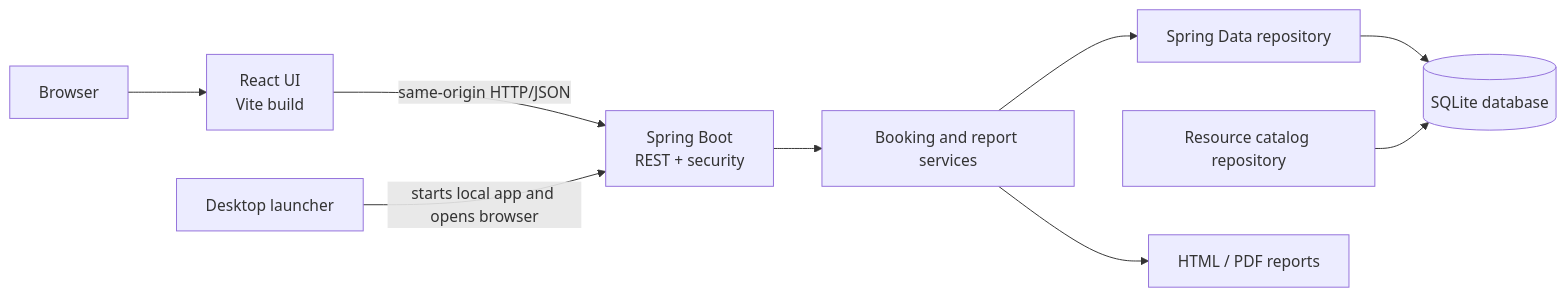
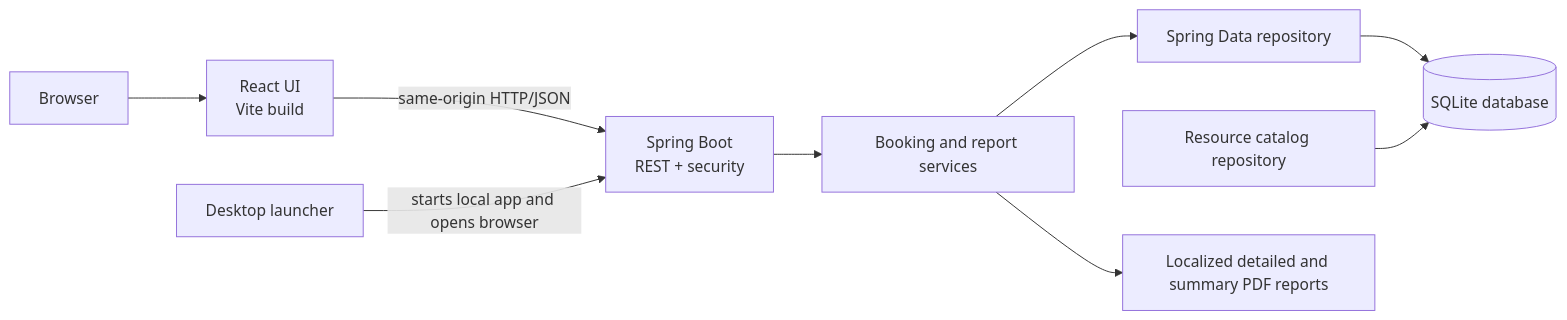
One commit to georgiosleon/leonbookinsKarpathos changed the first of 2 diagrams in docs/architecture.md. Above: the diagram before and after it, drawn with Mermaid. The commit also changed other lines of this file and 221 other files, not shown here.

````diff
--- a/docs/architecture.md
+++ b/docs/architecture.md
@@ -5,21 +5,21 @@
 ```mermaid
 flowchart LR
     Browser["Browser"]
     React["React UI<br/>Vite build"]
     API["Spring Boot<br/>REST + security"]
     Service["Booking and report services"]
     Repo["Spring Data repository"]
     ResourceRepo["Resource catalog repository"]
     SQLite[("SQLite database")]
-    Reports["HTML / PDF reports"]
+    Reports["Localized detailed and summary PDF reports"]
     Launcher["Desktop launcher"]
 
     Browser --> React
     React -->|"same-origin HTTP/JSON"| API
     API --> Service
     Service --> Repo
     Repo --> SQLite
     ResourceRepo --> SQLite
     Service --> Reports
     Launcher -->|"starts local app and opens browser"| API
 ```
````
